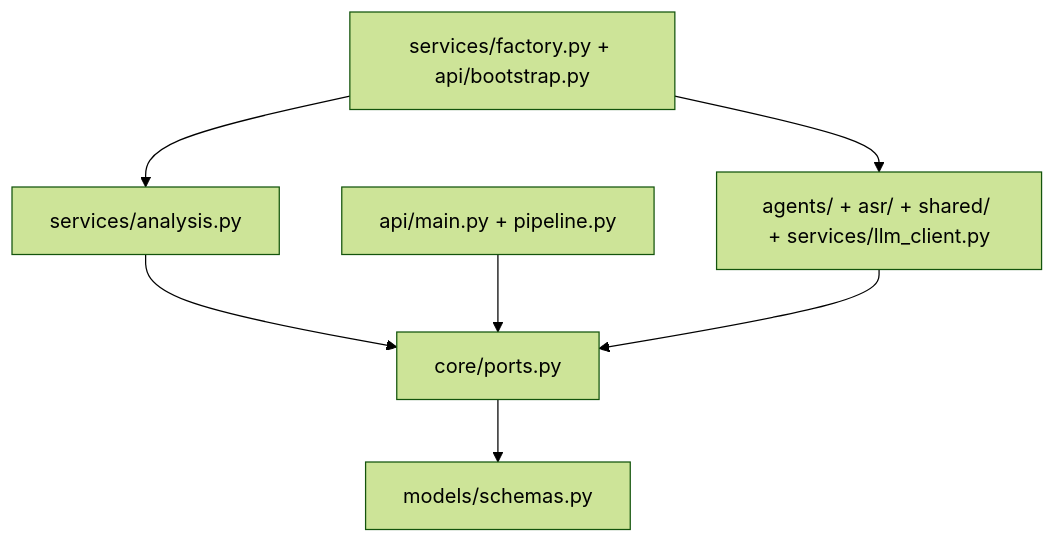
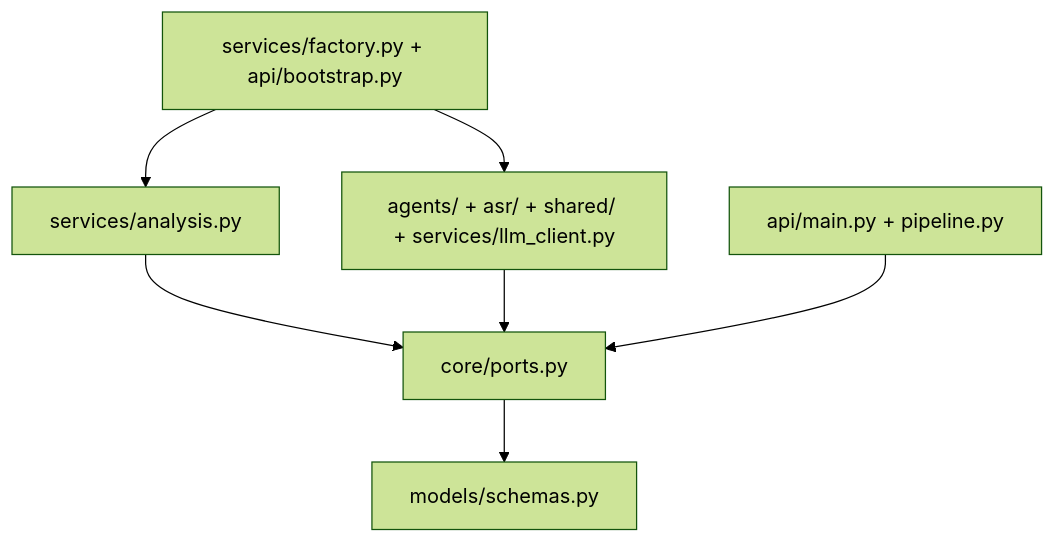
One commit to vbuyel/mtbank-ai-hiring changed the third of 3 diagrams in README.md. Above: the diagram before and after it, drawn with Mermaid (forest theme). The commit also changed other lines of this file, not shown here.

````diff
--- a/README.md
+++ b/README.md
@@ -142,16 +151,16 @@
 ```mermaid
 flowchart TB
     Models[models/schemas.py]
     Ports[core/ports.py]
     Service[services/analysis.py]
     Entry[api/main.py + pipeline.py]
     Adapters[agents/ + asr/ + shared/ + services/llm_client.py]
     Factory[services/factory.py + api/bootstrap.py]
 
     Ports --> Models
     Service --> Ports
+    Adapters --> Ports
     Entry --> Ports
-    Adapters --> Ports
     Factory --> Service
     Factory --> Adapters
 ```
````
